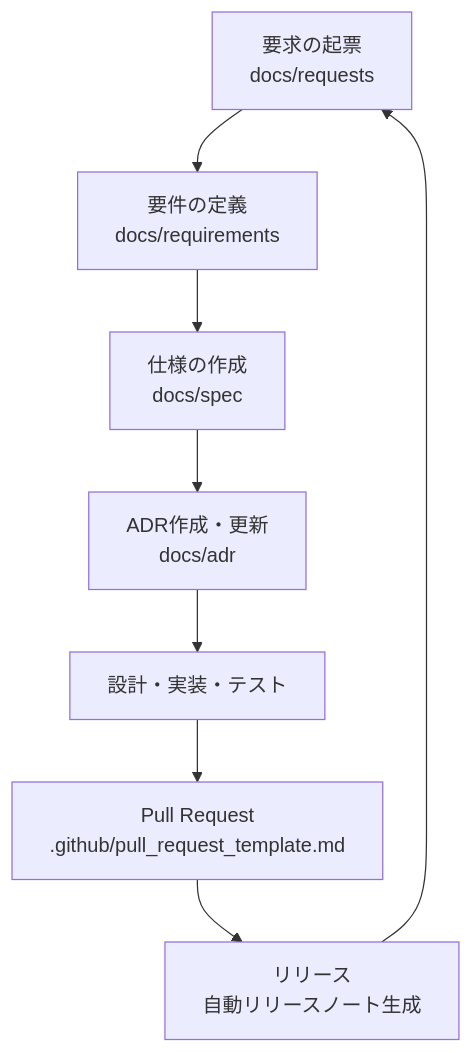
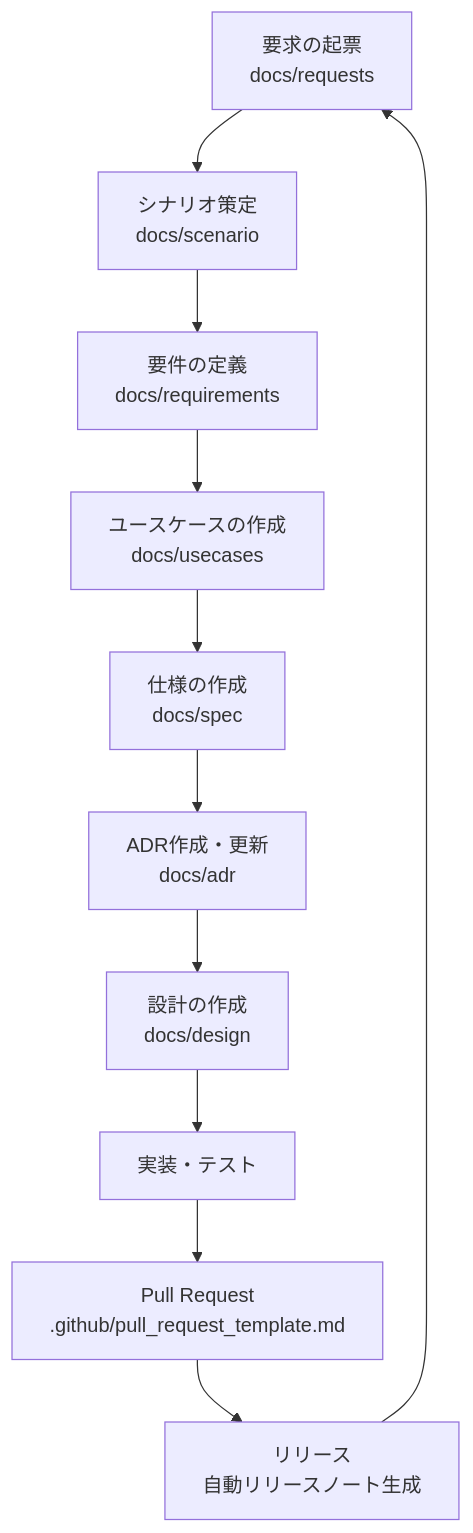
The diagram in docs/README.md (tooppoo/node-template-with-agents), drawn with Mermaid before and after one commit. The commit also changed other lines of this file and 3 other files, not shown here.

````diff
--- a/docs/README.md
+++ b/docs/README.md
@@ -84,10 +114,13 @@
 ```mermaid
 flowchart TD
-    A[要求の起票<br/>docs/requests] --> B[要件の定義<br/>docs/requirements]
-    B --> C[仕様の作成<br/>docs/spec]
-    C --> D[ADR作成・更新<br/>docs/adr]
-    D --> E[設計・実装・テスト]
-    E --> F[Pull Request<br/>.github/pull_request_template.md]
-    F --> G[リリース<br/>自動リリースノート生成]
-    G --> A
+    A[要求の起票<br/>docs/requests] --> B[シナリオ策定<br/>docs/scenario]
+    B --> C[要件の定義<br/>docs/requirements]
+    C --> D[ユースケースの作成<br/>docs/usecases]
+    D --> E[仕様の作成<br/>docs/spec]
+    E --> F[ADR作成・更新<br/>docs/adr]
+    F --> G[設計の作成<br/>docs/design]
+    G --> H[実装・テスト]
+    H --> I[Pull Request<br/>.github/pull_request_template.md]
+    I --> J[リリース<br/>自動リリースノート生成]
+    J --> A
 ```
````
